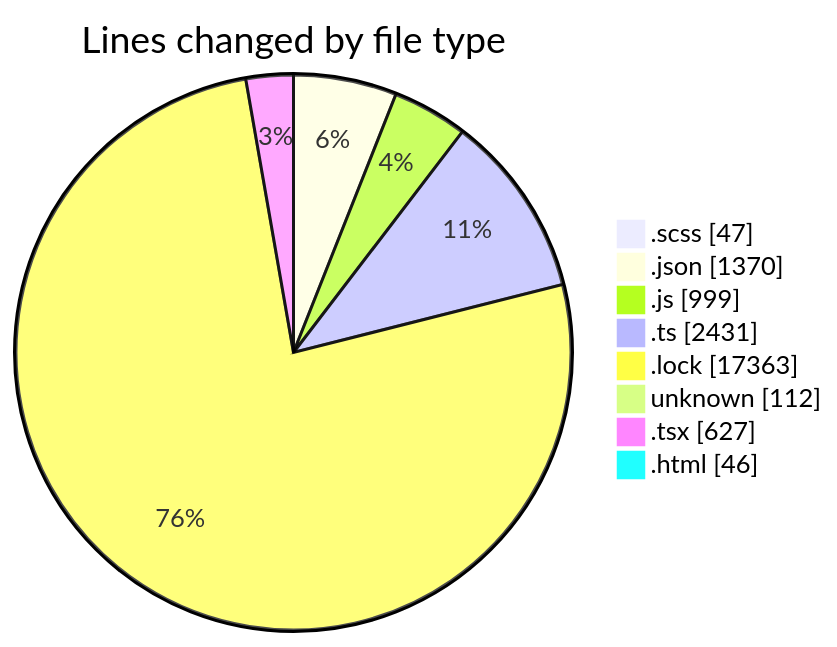
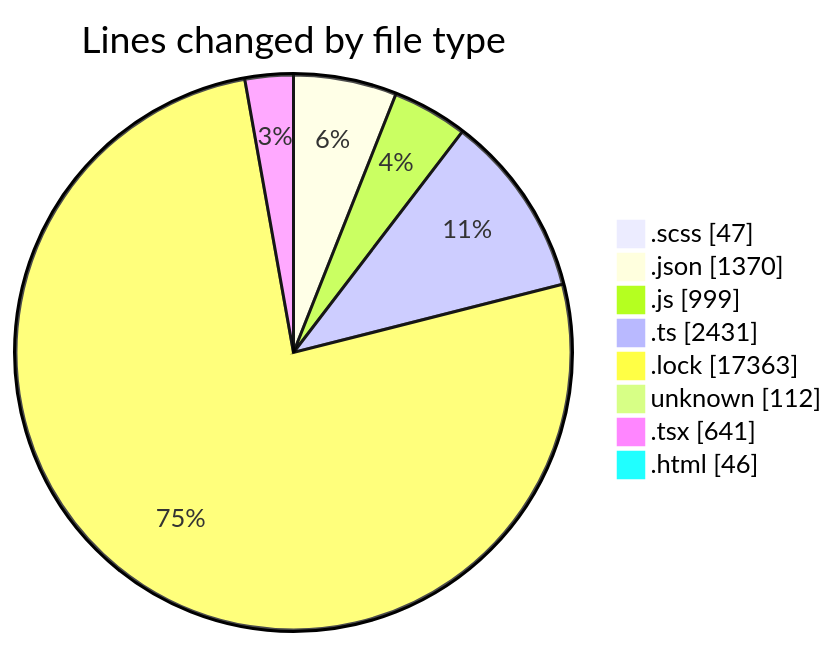
One commit to momahboobian/code-tracking changed the first of 2 diagrams in 2026-04-21/cda/README.md. Above: the diagram before and after it, drawn with Mermaid. The commit also changed other lines of this file and 1 other file, not shown here.

````diff
--- a/2026-04-21/cda/README.md
+++ b/2026-04-21/cda/README.md
@@ -56,12 +56,12 @@
 ```mermaid
 pie showData
 title Lines changed by file type
 ".scss" : 47
 ".json" : 1370
 ".js" : 999
 ".ts" : 2431
 ".lock" : 17363
 "unknown" : 112
-".tsx" : 627
+".tsx" : 641
 ".html" : 46
 ```
````
